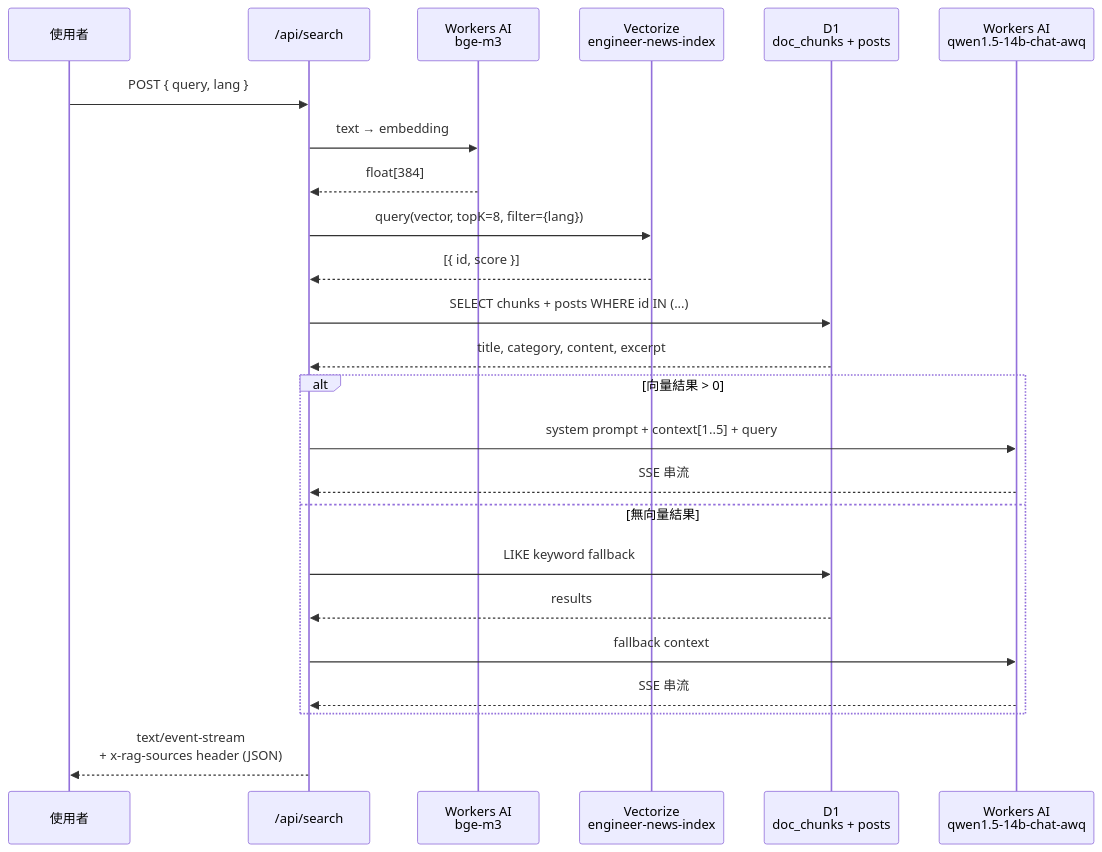
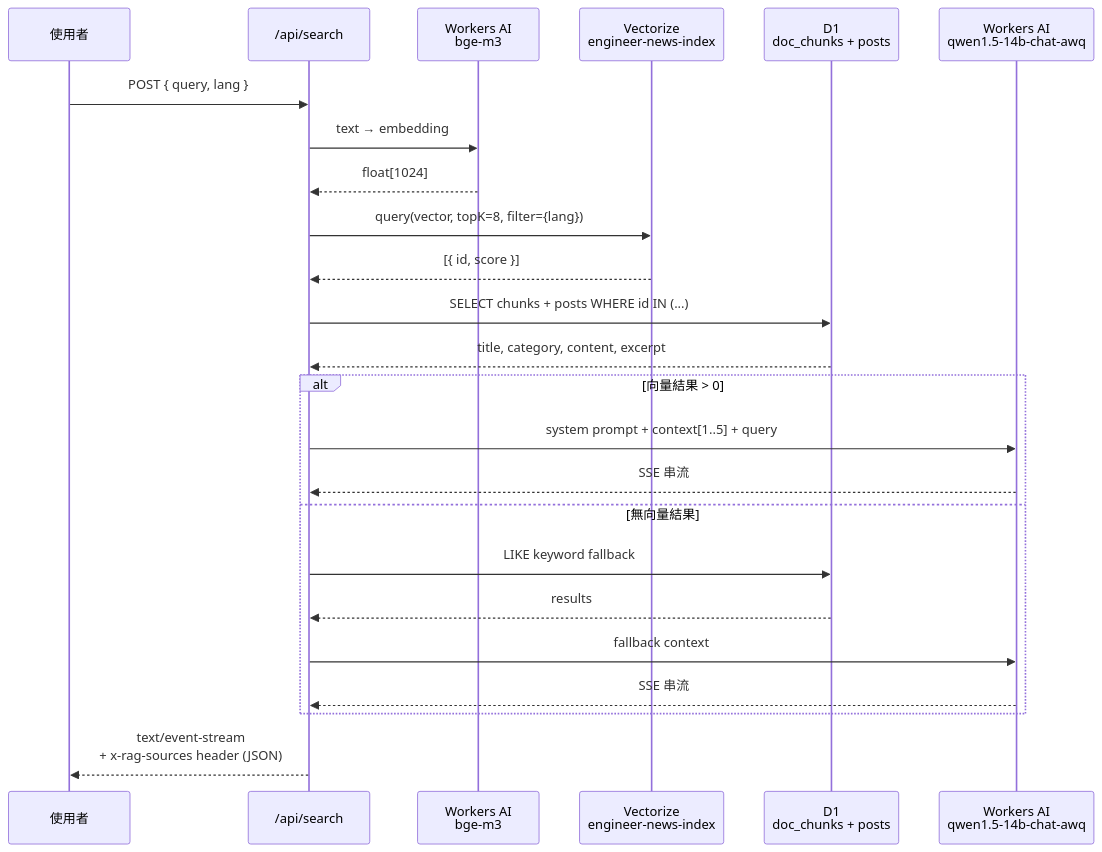
Before and after one commit to a920604a/engineernews: the diagram in docs/pipelines/ai-search.md, drawn with Mermaid. The commit also changed other lines of this file and 31 other files, not shown here.

````diff
--- a/docs/pipelines/ai-search.md
+++ b/docs/pipelines/ai-search.md
@@ -9,31 +9,31 @@
 ```mermaid
 sequenceDiagram
   participant User as 使用者
   participant API as /api/search
   participant BGE as Workers AI<br/>bge-m3
   participant Vec as Vectorize<br/>engineer-news-index
   participant DB as D1<br/>doc_chunks + posts
   participant Qwen as Workers AI<br/>qwen1.5-14b-chat-awq
 
   User->>API: POST { query, lang }
   API->>BGE: text → embedding
-  BGE-->>API: float[384]
+  BGE-->>API: float[1024]
 
   API->>Vec: query(vector, topK=8, filter={lang})
   Vec-->>API: [{ id, score }]
 
   API->>DB: SELECT chunks + posts WHERE id IN (...)
   DB-->>API: title, category, content, excerpt
 
   alt 向量結果 > 0
     API->>Qwen: system prompt + context[1..5] + query
     Qwen-->>API: SSE 串流
   else 無向量結果
     API->>DB: LIKE keyword fallback
     DB-->>API: results
     API->>Qwen: fallback context
     Qwen-->>API: SSE 串流
   end
 
   API-->>User: text/event-stream<br/>+ x-rag-sources header (JSON)
 ```
````
